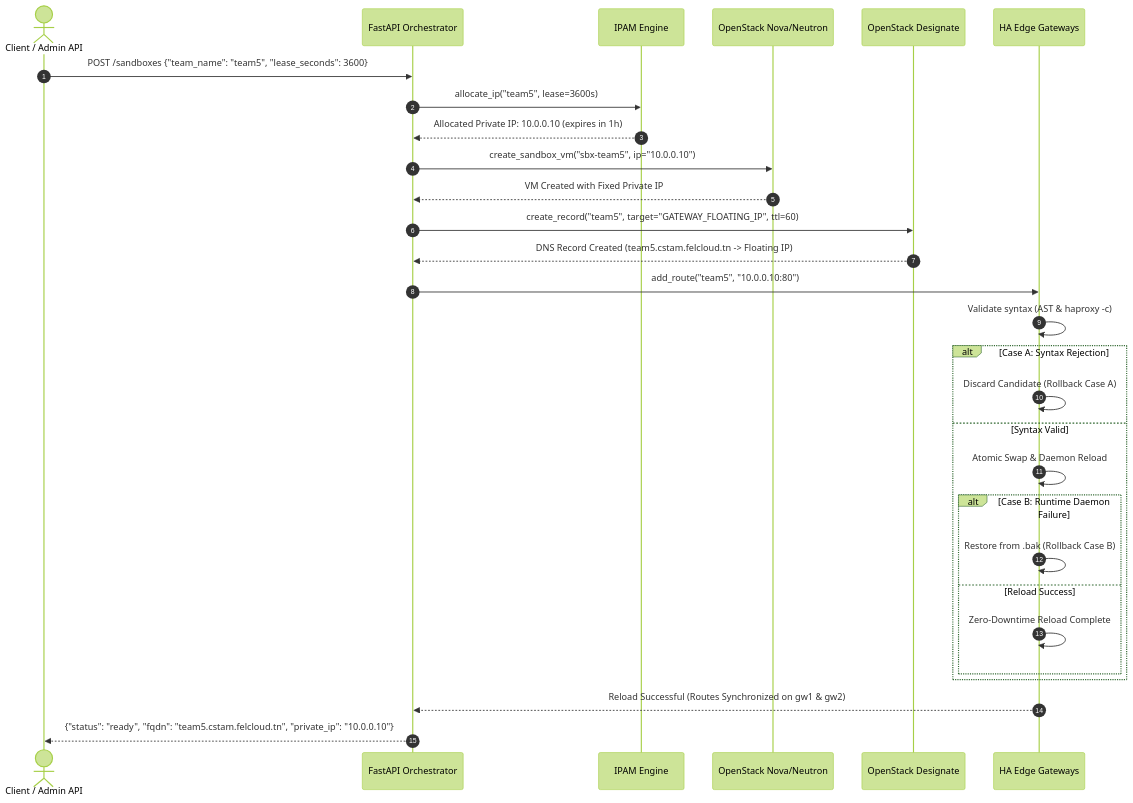
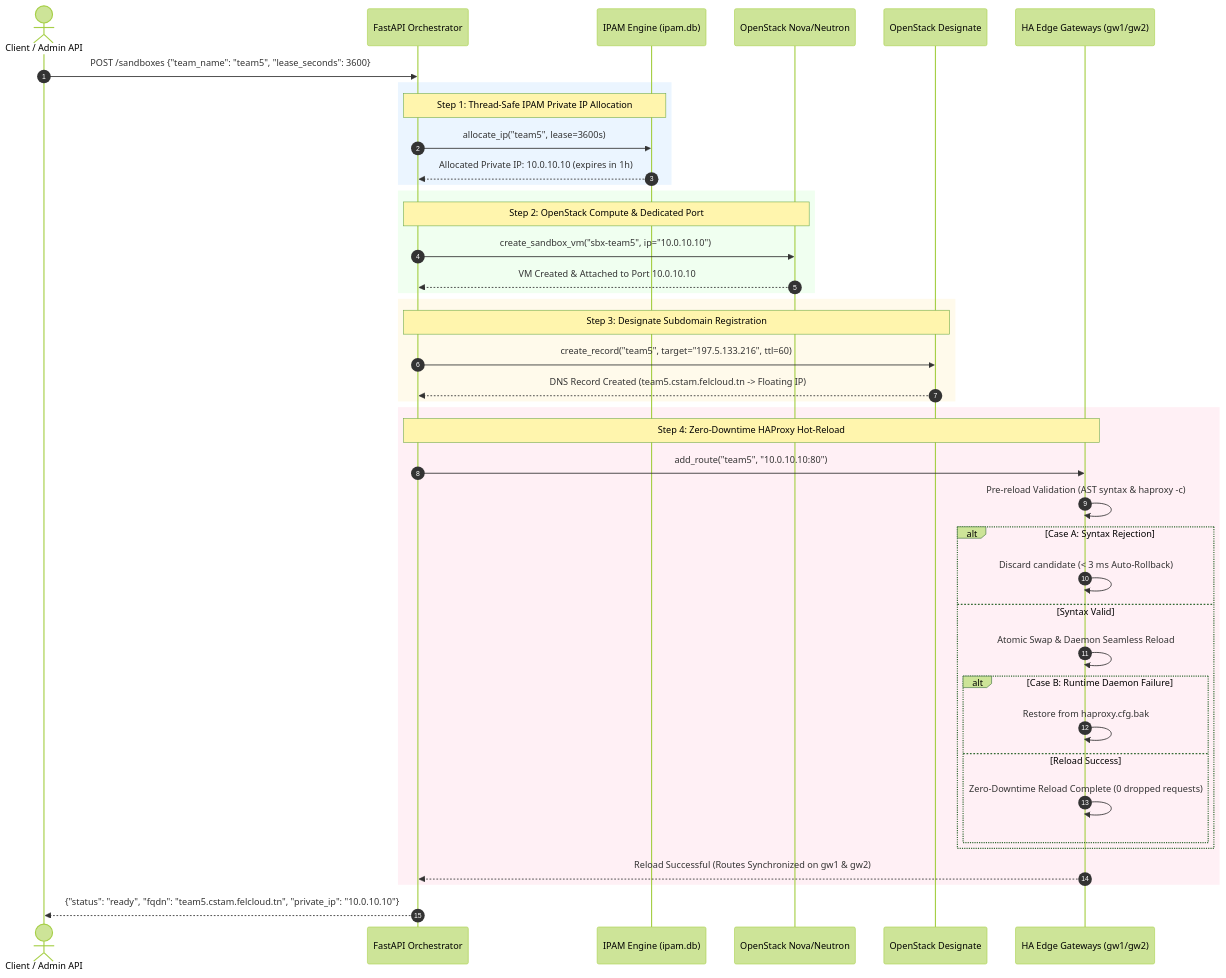
Before and after one commit to Ahmed-Aziz-Hssairi/CSTAM_CLOUD: the second of 3 diagrams in ARCHITECTURE_PHASE1.md, drawn with Mermaid (forest theme). The commit also changed other lines of this file and 8 other files, not shown here.

Commit message:
feat(phase1): complete MVP implementation, multi-factor IPAM recycling, HA gateways failover & full architecture documentation

````diff
--- a/ARCHITECTURE_PHASE1.md
+++ b/ARCHITECTURE_PHASE1.md
@@ -68,35 +70,49 @@
 ```mermaid
 sequenceDiagram
     autonumber
     actor Admin as Client / Admin API
     participant API as FastAPI Orchestrator
-    participant IPAM as IPAM Engine
+    participant IPAM as IPAM Engine (ipam.db)
     participant Nova as OpenStack Nova/Neutron
     participant DNS as OpenStack Designate
-    participant GW as HA Edge Gateways
+    participant GW as HA Edge Gateways (gw1/gw2)
 
     Admin->>API: POST /sandboxes {"team_name": "team5", "lease_seconds": 3600}
+    
+    rect rgb(235, 245, 255)
+    Note over API,IPAM: Step 1: Thread-Safe IPAM Private IP Allocation
     API->>IPAM: allocate_ip("team5", lease=3600s)
-    IPAM-->>API: Allocated Private IP: 10.0.0.10 (expires in 1h)
-    
-    API->>Nova: create_sandbox_vm("sbx-team5", ip="10.0.0.10")
-    Nova-->>API: VM Created with Fixed Private IP
-    
-    API->>DNS: create_record("team5", target="GATEWAY_FLOATING_IP", ttl=60)
+    IPAM-->>API: Allocated Private IP: 10.0.10.10 (expires in 1h)
+    end
+
+    rect rgb(240, 255, 240)
+    Note over API,Nova: Step 2: OpenStack Compute & Dedicated Port
+    API->>Nova: create_sandbox_vm("sbx-team5", ip="10.0.10.10")
+    Nova-->>API: VM Created & Attached to Port 10.0.10.10
+    end
+
+    rect rgb(255, 250, 235)
+    Note over API,DNS: Step 3: Designate Subdomain Registration
+    API->>DNS: create_record("team5", target="197.5.133.216", ttl=60)
     DNS-->>API: DNS Record Created (team5.cstam.felcloud.tn -> Floating IP)
-    
-    API->>GW: add_route("team5", "10.0.0.10:80")
-    GW->>GW: Validate syntax (AST & haproxy -c)
+    end
+
+    rect rgb(255, 240, 245)
+    Note over API,GW: Step 4: Zero-Downtime HAProxy Hot-Reload
+    API->>GW: add_route("team5", "10.0.10.10:80")
+    GW->>GW: Pre-reload Validation (AST syntax & haproxy -c)
     alt Case A: Syntax Rejection
-        GW->>GW: Discard Candidate (Rollback Case A)
+        GW->>GW: Discard candidate (< 3 ms Auto-Rollback)
     else Syntax Valid
-        GW->>GW: Atomic Swap & Daemon Reload
+        GW->>GW: Atomic Swap & Daemon Seamless Reload
         alt Case B: Runtime Daemon Failure
-            GW->>GW: Restore from .bak (Rollback Case B)
+            GW->>GW: Restore from haproxy.cfg.bak
         else Reload Success
-            GW->>GW: Zero-Downtime Reload Complete
+            GW->>GW: Zero-Downtime Reload Complete (0 dropped requests)
         end
     end
     GW-->>API: Reload Successful (Routes Synchronized on gw1 & gw2)
-    API-->>Admin: {"status": "ready", "fqdn": "team5.cstam.felcloud.tn", "private_ip": "10.0.0.10"}
+    end
+
+    API-->>Admin: {"status": "ready", "fqdn": "team5.cstam.felcloud.tn", "private_ip": "10.0.10.10"}
 ```
````
